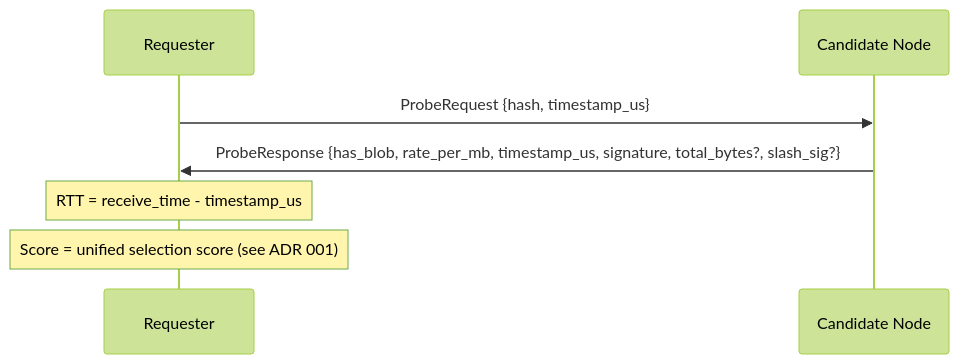
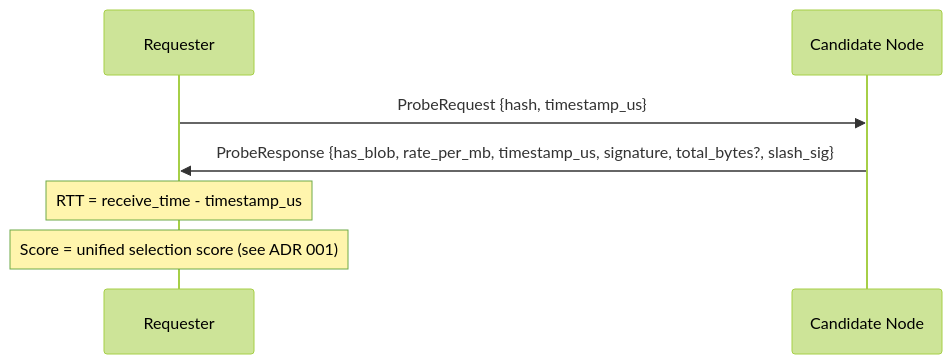
The first of 4 diagrams in adr/005-protocol.md (decdn/decdn), drawn with Mermaid (forest theme) before and after one commit. The commit also changed other lines of this file and 13 other files, not shown here.

````diff
--- a/adr/005-protocol.md
+++ b/adr/005-protocol.md
@@ -69,11 +69,11 @@
 ```mermaid
 sequenceDiagram
     participant R as Requester
     participant C as Candidate Node
 
     R->>C: ProbeRequest {hash, timestamp_us}
-    C->>R: ProbeResponse {has_blob, rate_per_mb, timestamp_us, signature, total_bytes?, slash_sig?}
+    C->>R: ProbeResponse {has_blob, rate_per_mb, timestamp_us, signature, total_bytes?, slash_sig}
 
     Note over R: RTT = receive_time - timestamp_us
     Note over R: Score = unified selection score (see ADR 001)
 ```
````
